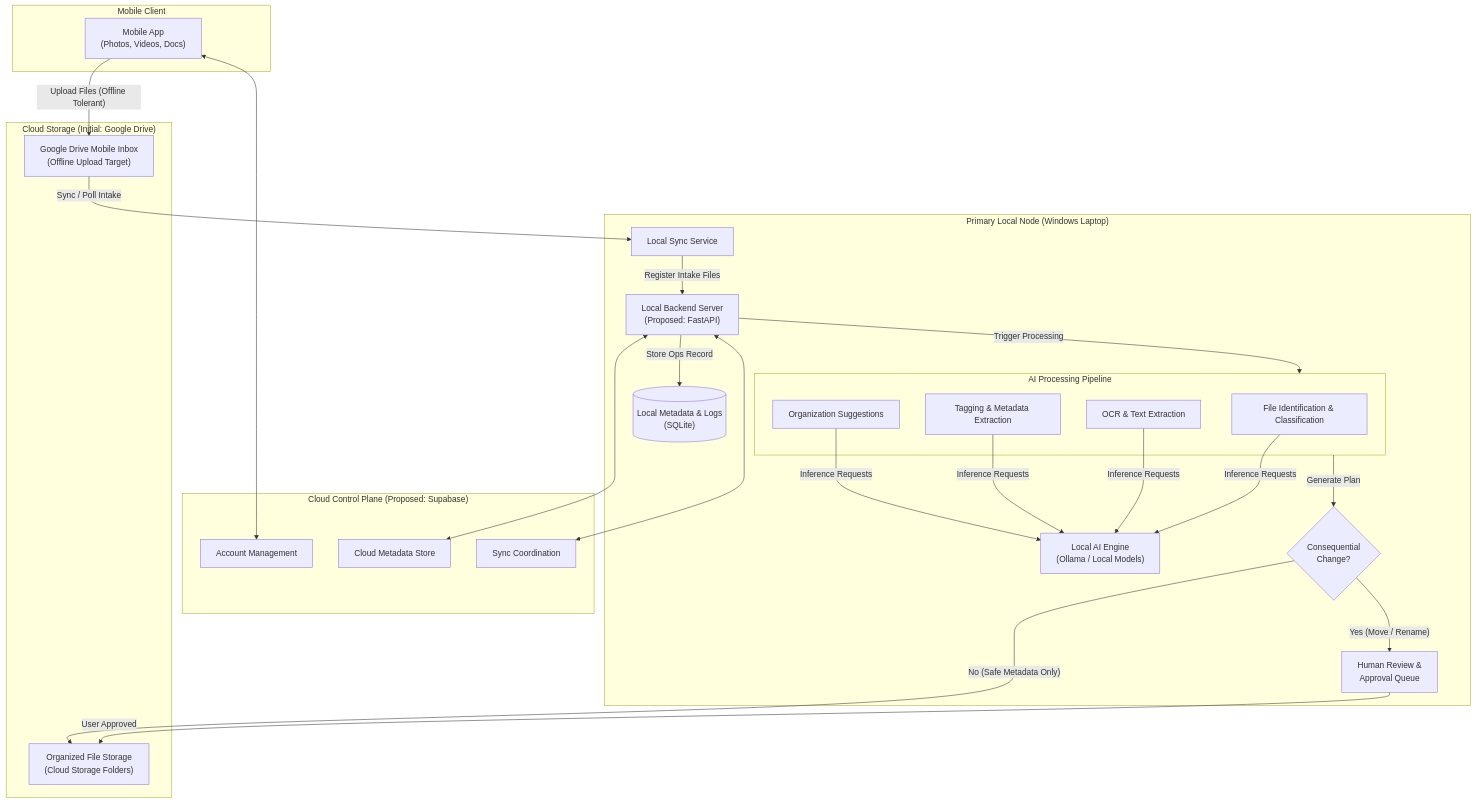
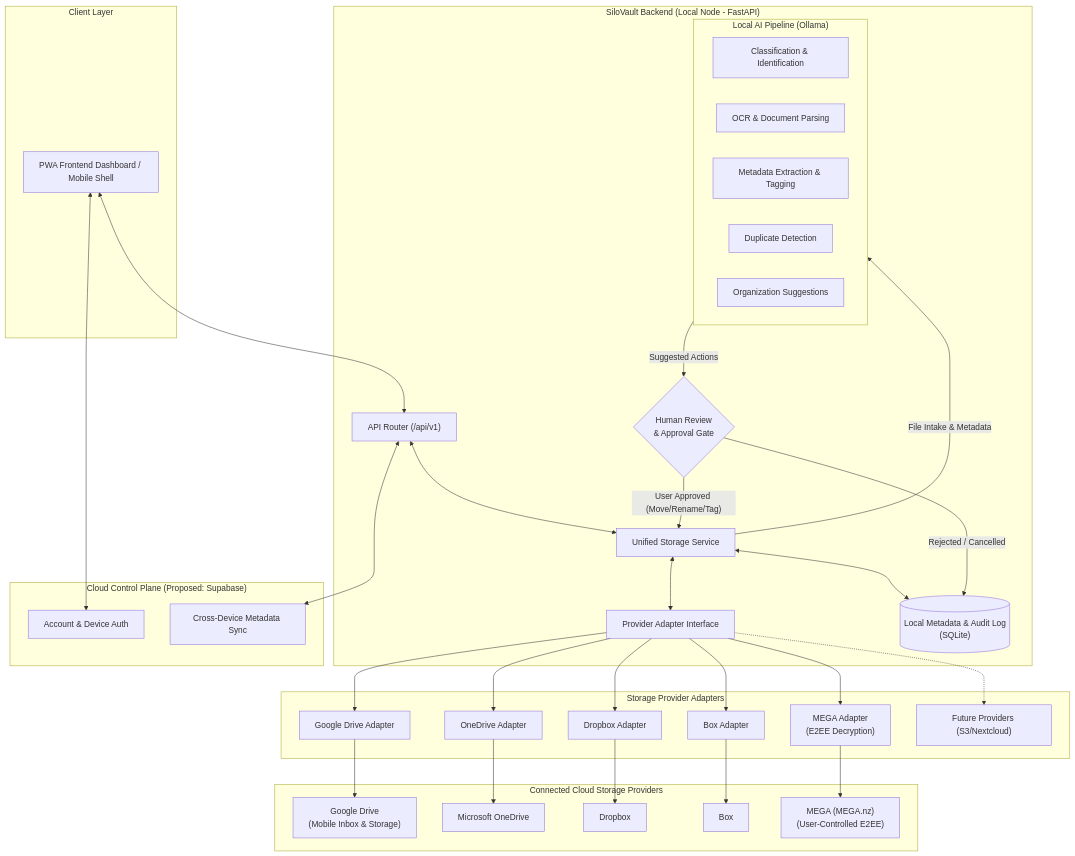
One commit to ubeshkhan1024/SiloVault changed the diagram in docs/ARCHITECTURE.md. Above: the diagram before and after it, drawn with Mermaid. The commit also changed other lines of this file and 7 other files, not shown here.

First line of the commit message:
Expand SiloVault architecture to five cloud providers

````diff
--- a/docs/ARCHITECTURE.md
+++ b/docs/ARCHITECTURE.md
@@ -31,53 +31,69 @@
 ```mermaid
 flowchart TD
-    subgraph Mobile["Mobile Client"]
-        MA["Mobile App\n(Photos, Videos, Docs)"]
+    subgraph Client["Client Layer"]
+        UI["PWA Frontend Dashboard / Mobile Shell"]
     end
 
-    subgraph Storage["Cloud Storage (Initial: Google Drive)"]
-        MI["Google Drive Mobile Inbox\n(Offline Upload Target)"]
-        FS["Organized File Storage\n(Cloud Storage Folders)"]
+    subgraph Backend["SiloVault Backend (Local Node - FastAPI)"]
+        API["API Router (/api/v1)"]
+        USS["Unified Storage Service"]
+        PAI["Provider Adapter Interface"]
+        LDB[("Local Metadata & Audit Log\n(SQLite)")]
+        
+        subgraph AIPipeline["Local AI Pipeline (Ollama)"]
+            FIC["Classification & Identification"]
+            OCR["OCR & Document Parsing"]
+            TAG["Metadata Extraction & Tagging"]
+            DUP["Duplicate Detection"]
+            ORG["Organization Suggestions"]
+        end
+        
+        HREV{"Human Review\n& Approval Gate"}
+    end
+
+    subgraph Adapters["Storage Provider Adapters"]
+        GDA["Google Drive Adapter"]
+        ODA["OneDrive Adapter"]
+        DBA["Dropbox Adapter"]
+        BXA["Box Adapter"]
+        MGA["MEGA Adapter\n(E2EE Decryption)"]
+        FPA["Future Providers (S3/Nextcloud)"]
+    end
+
+    subgraph CloudStorage["Connected Cloud Storage Providers"]
+        GD["Google Drive\n(Mobile Inbox & Storage)"]
+        OD["Microsoft OneDrive"]
+        DB["Dropbox"]
+        BX["Box"]
+        MG["MEGA (MEGA.nz)\n(User-Controlled E2EE)"]
     end
 
     subgraph CloudPlane["Cloud Control Plane (Proposed: Supabase)"]
-        ACC["Account Management"]
-        CMD["Cloud Metadata Store"]
-        SYNC["Sync Coordination"]
+        AUTH["Account & Device Auth"]
+        CMD["Cross-Device Metadata Sync"]
     end
 
-    subgraph LocalNode["Primary Local Node (Windows Laptop)"]
-        LSS["Local Sync Service"]
-        APP["Local Backend Server\n(Proposed: FastAPI)"]
-        LDB[("Local Metadata & Logs\n(SQLite)")]
-        
-        subgraph AIPipeline["AI Processing Pipeline"]
-            FIC["File Identification & Classification"]
-            OCR["OCR & Text Extraction"]
-            TAG["Tagging & Metadata Extraction"]
-            ORG["Organization Suggestions"]
-        end
-        
-        OLL["Local AI Engine\n(Ollama / Local Models)"]
-        HAP{"Consequential\nChange?"}
-        HREV["Human Review &\nApproval Queue"]
-    end
+    %% Client to Backend
+    UI <--> API
+    API <--> USS
+    USS <--> LDB
+    USS <--> PAI
 
-    %% Flow interactions
-    MA -- "Upload Files (Offline Tolerant)" --> MI
-    MI -- "Sync / Poll Intake" --> LSS
-    LSS -- "Register Intake Files" --> APP
-    APP -- "Store Ops Record" --> LDB
-    APP -- "Trigger Processing" --> AIPipeline
-    
-    FIC & OCR & TAG & ORG -- "Inference Requests" --> OLL
-    AIPipeline -- "Generate Plan" --> HAP
-    
-    HAP -- "Yes (Move / Rename)" --> HREV
-    HREV -- "User Approved" --> FS
-    HAP -- "No (Safe Metadata Only)" --> FS
-    
-    %% Control Plane interaction
-    APP <---> SYNC
-    APP <---> CMD
-    MA <---> ACC
+    %% Provider Adapter connections
+    PAI --> GDA --> GD
+    PAI --> ODA --> OD
+    PAI --> DBA --> DB
+    PAI --> BXA --> BX
+    PAI --> MGA --> MG
+    PAI -.-> FPA
+
+    %% AI Pipeline flow
+    USS -- "File Intake & Metadata" --> AIPipeline
+    AIPipeline -- "Suggested Actions" --> HREV
+    HREV -- "User Approved (Move/Rename/Tag)" --> USS
+    HREV -- "Rejected / Cancelled" --> LDB
+
+    %% Cloud plane
+    API <---> CMD
+    UI <---> AUTH
 ```
````
